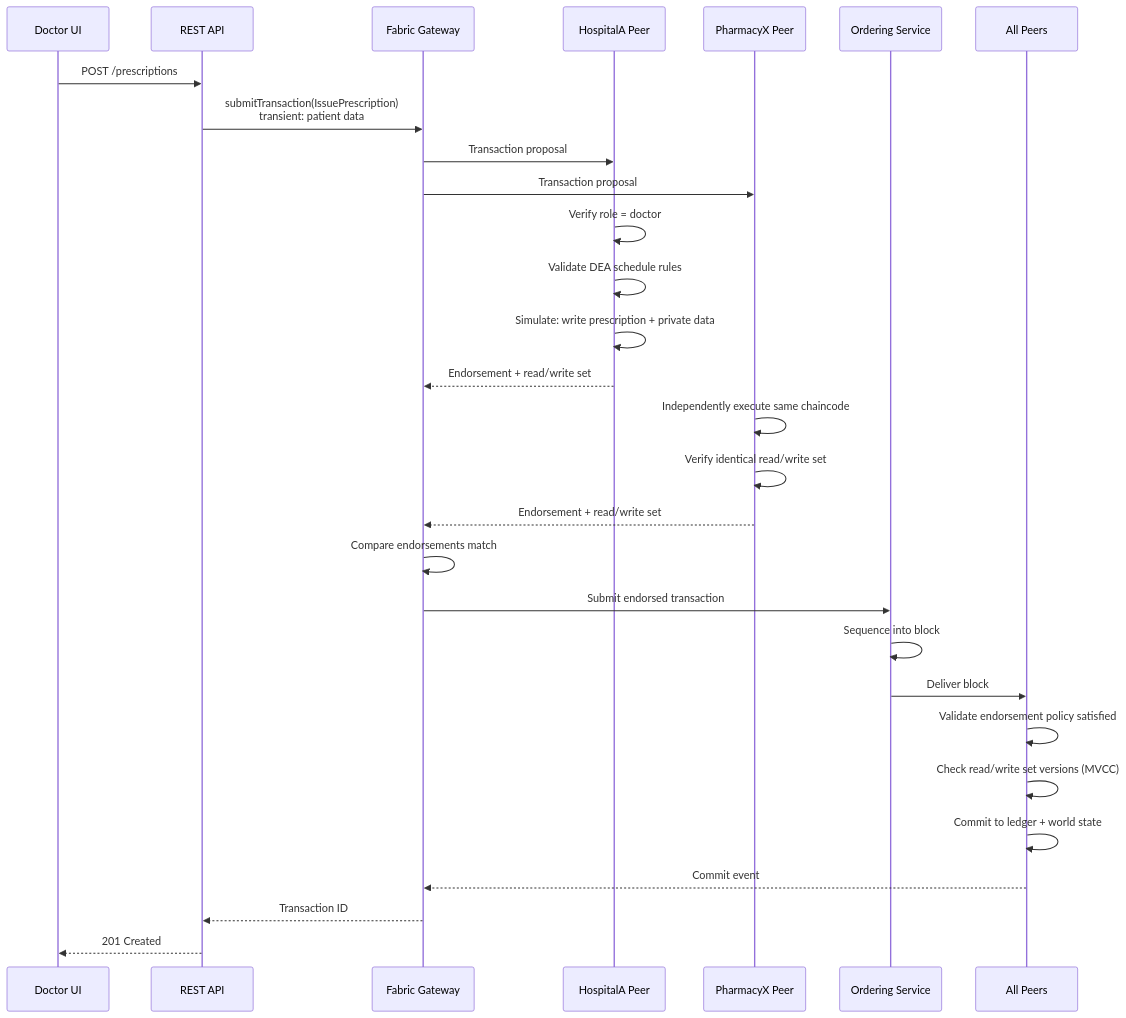
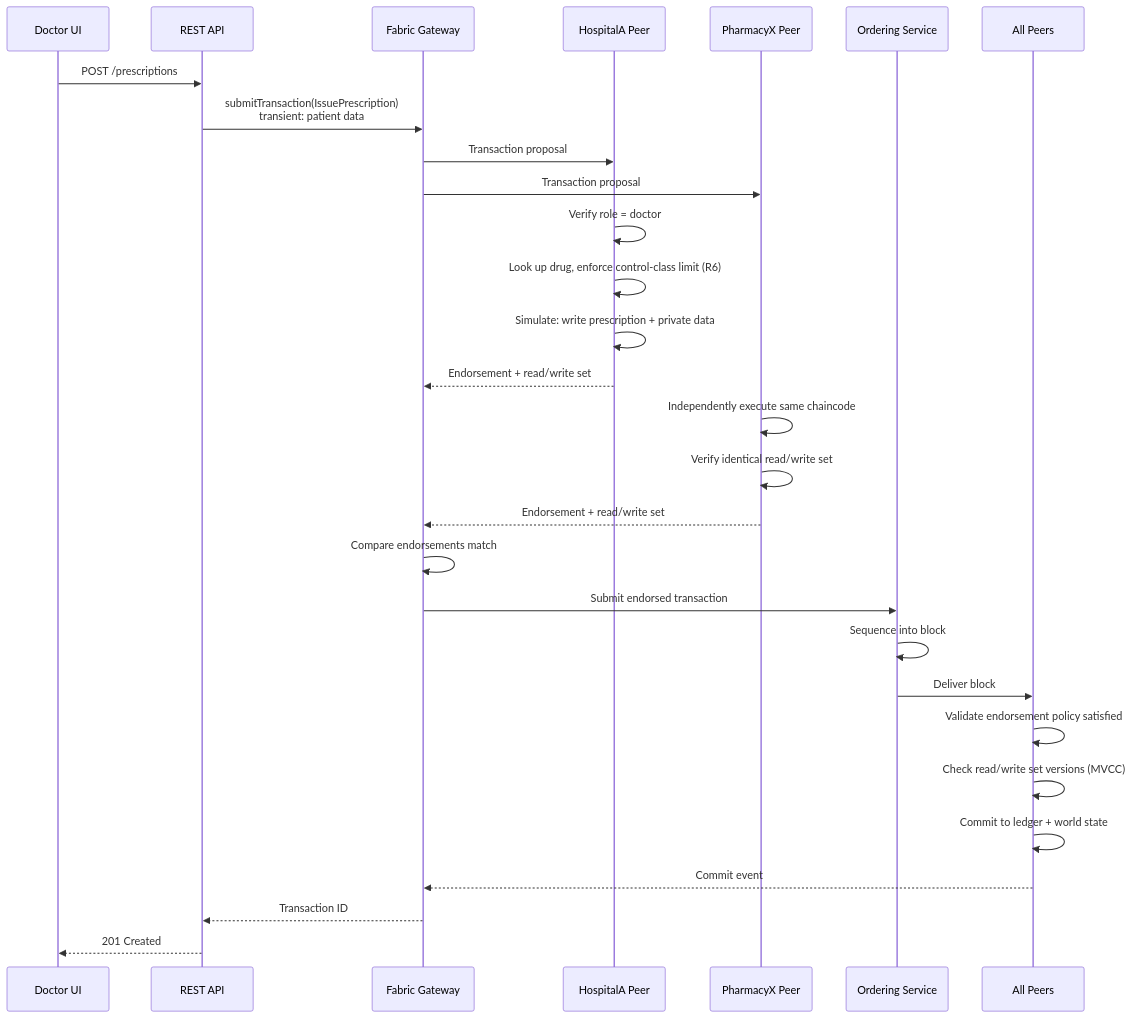
One commit to nithinvin/medledger changed the seventh of 11 diagrams in docs/design.md. Above: the diagram before and after it, drawn with Mermaid. The commit also changed other lines of this file and 7 other files, not shown here.

````diff
--- a/docs/design.md
+++ b/docs/design.md
@@ -335,36 +380,36 @@
 ```mermaid
 sequenceDiagram
     participant Dr as Doctor UI
     participant API as REST API
     participant GW as Fabric Gateway
     participant HP as HospitalA Peer
     participant PP as PharmacyX Peer
     participant ORD as Ordering Service
     participant ALL as All Peers
 
     Dr->>API: POST /prescriptions
     API->>GW: submitTransaction(IssuePrescription)<br/>transient: patient data
     GW->>HP: Transaction proposal
     GW->>PP: Transaction proposal
 
     HP->>HP: Verify role = doctor
-    HP->>HP: Validate DEA schedule rules
+    HP->>HP: Look up drug, enforce control-class limit (R6)
     HP->>HP: Simulate: write prescription + private data
     HP-->>GW: Endorsement + read/write set
 
     PP->>PP: Independently execute same chaincode
     PP->>PP: Verify identical read/write set
     PP-->>GW: Endorsement + read/write set
 
     GW->>GW: Compare endorsements match
     GW->>ORD: Submit endorsed transaction
     ORD->>ORD: Sequence into block
     ORD->>ALL: Deliver block
 
     ALL->>ALL: Validate endorsement policy satisfied
     ALL->>ALL: Check read/write set versions (MVCC)
     ALL->>ALL: Commit to ledger + world state
     ALL-->>GW: Commit event
     GW-->>API: Transaction ID
     API-->>Dr: 201 Created
 ```
````
